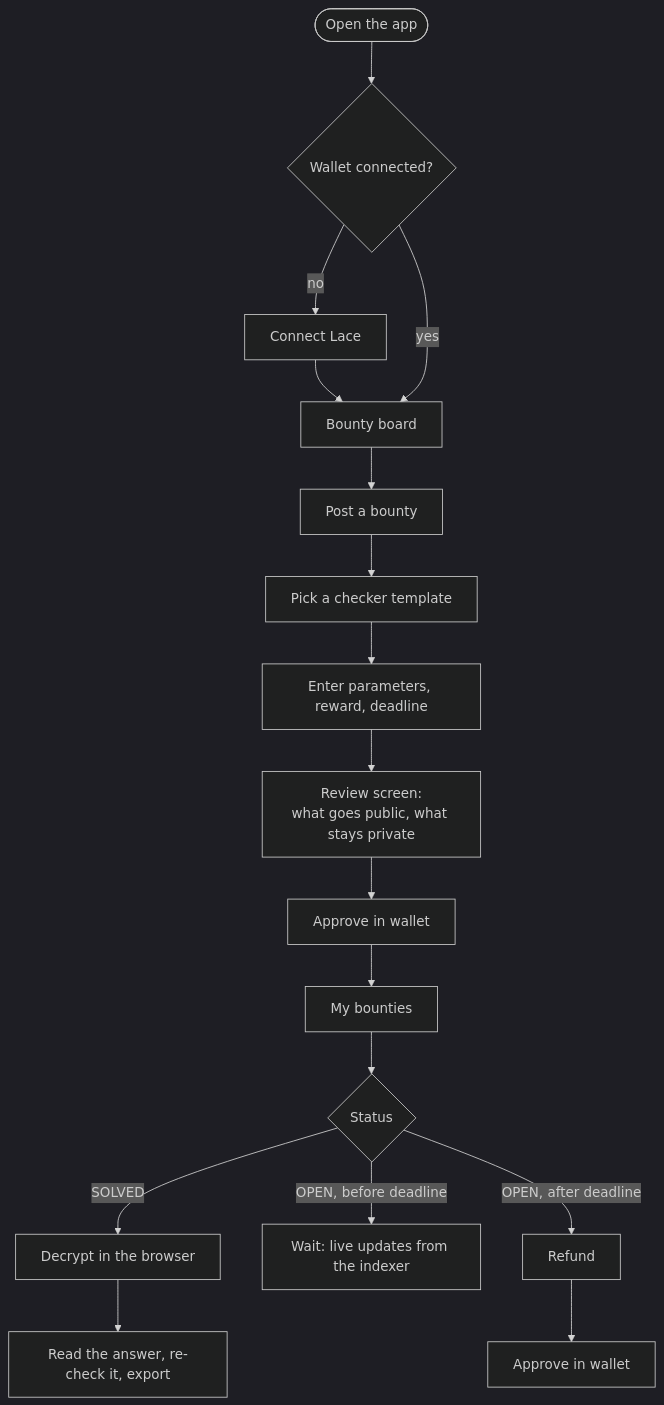
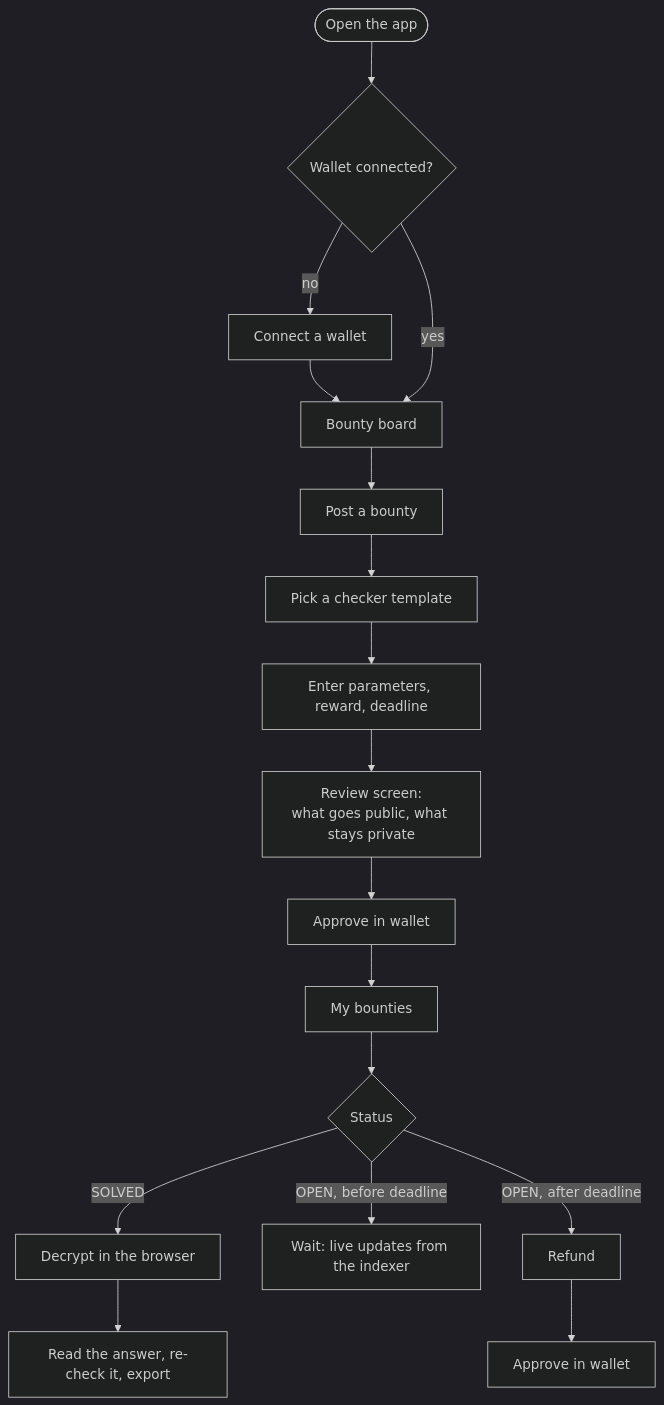
Before and after one commit to Kanasjnr/Midnight-private-bounties: the first of 11 diagrams in ARCHITECTURE.md, drawn with Mermaid (dark theme). The commit also changed other lines of this file and 2 other files, not shown here.

Commit message:
Support any DApp Connector wallet, not just Lace

````diff
--- a/ARCHITECTURE.md
+++ b/ARCHITECTURE.md
@@ -233,16 +233,16 @@
 ```mermaid
 flowchart TD
   A(["Open the app"]) --> B{"Wallet connected?"}
-  B -->|no| B1["Connect Lace"] --> C
+  B -->|no| B1["Connect a wallet"] --> C
   B -->|yes| C["Bounty board"]
   C --> D["Post a bounty"]
   D --> D1["Pick a checker template"]
   D1 --> D2["Enter parameters, reward, deadline"]
   D2 --> D3["Review screen:<br/>what goes public, what stays private"]
   D3 --> D4["Approve in wallet"]
   D4 --> E["My bounties"]
   E --> F{"Status"}
   F -->|"SOLVED"| G["Decrypt in the browser"] --> H["Read the answer, re-check it, export"]
   F -->|"OPEN, before deadline"| I["Wait: live updates from the indexer"]
   F -->|"OPEN, after deadline"| J["Refund"] --> J1["Approve in wallet"]
 ```
````
